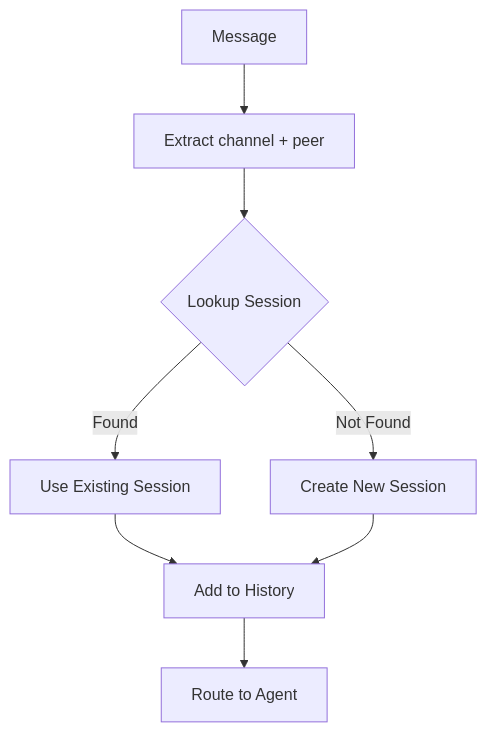
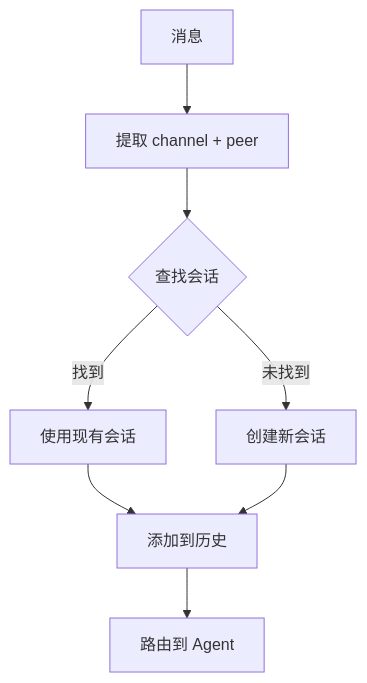
One commit to a576378368/openclaw_docs changed the third of 6 diagrams in docs/zh/architecture-book/part-4-gateway-protocol/03-message-flow.md. Above: the diagram before and after it, drawn with Mermaid. The commit also changed other lines of this file and 4 other files, not shown here.

````diff
--- a/docs/zh/architecture-book/part-4-gateway-protocol/03-message-flow.md
+++ b/docs/zh/architecture-book/part-4-gateway-protocol/03-message-flow.md
@@ -161,10 +161,10 @@
 ```mermaid
 flowchart TB
-    A[Message] --> B[Extract channel + peer]
-    B --> C{Lookup Session}
-    C -->|Found| D[Use Existing Session]
-    C -->|Not Found| E[Create New Session]
-    D --> F[Add to History]
+    A[消息] --> B[提取 channel + peer]
+    B --> C{查找会话}
+    C -->|找到| D[使用现有会话]
+    C -->|未找到| E[创建新会话]
+    D --> F[添加到历史]
     E --> F
-    F --> G[Route to Agent]
+    F --> G[路由到 Agent]
 ```
````
